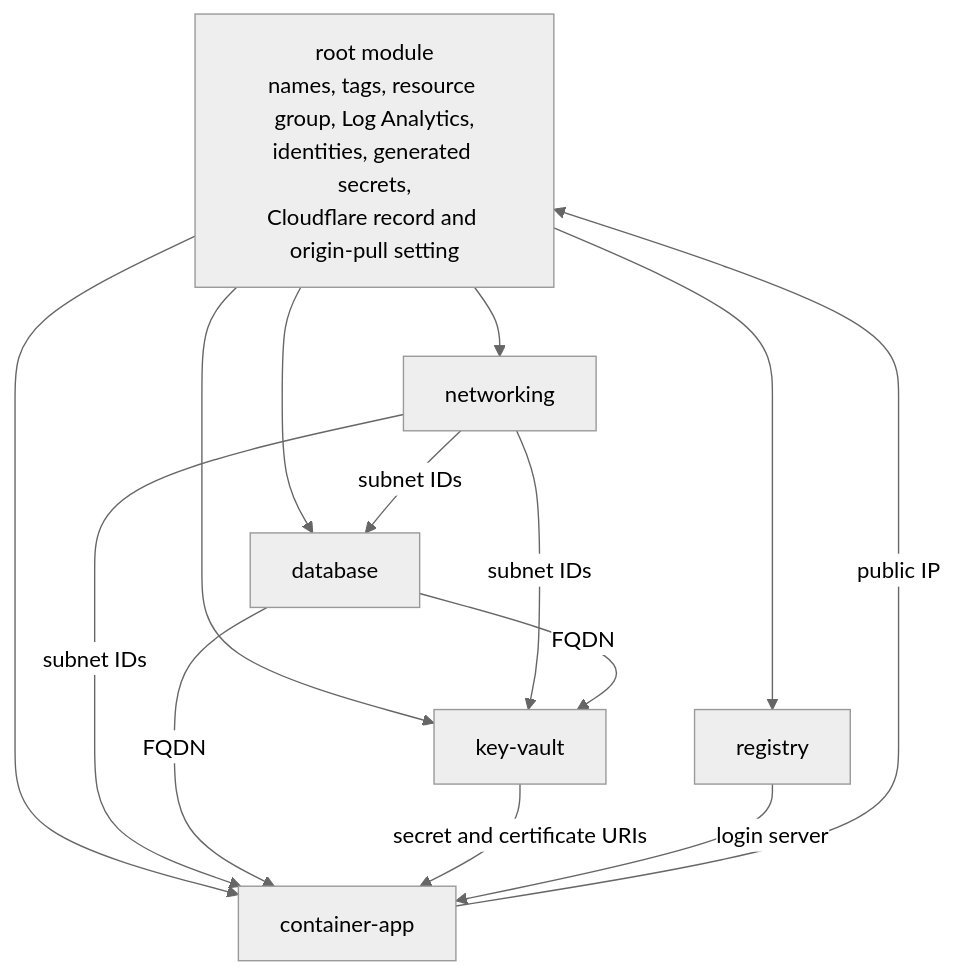
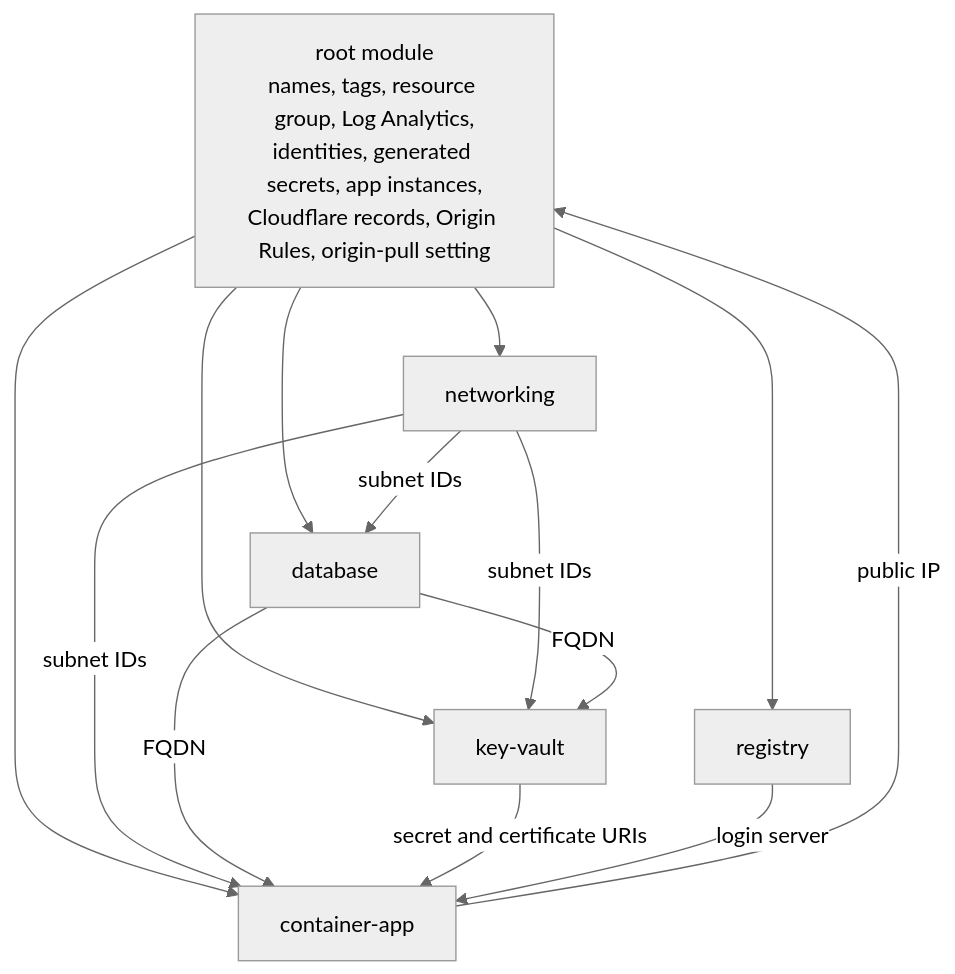
One commit to biffkittz/login-app changed the second of 2 diagrams in infra/docs/ARCHITECTURE.md. Above: the diagram before and after it, drawn with Mermaid (neutral theme). The commit also changed other lines of this file and 101 other files, not shown here.

````diff
--- a/infra/docs/ARCHITECTURE.md
+++ b/infra/docs/ARCHITECTURE.md
@@ -187,16 +197,16 @@
 ```mermaid
 flowchart TD
-  root["root module<br/>names, tags, resource group, Log Analytics,<br/>identities, generated secrets,<br/>Cloudflare record and origin-pull setting"]
+  root["root module<br/>names, tags, resource group, Log Analytics,<br/>identities, generated secrets, app instances,<br/>Cloudflare records, Origin Rules, origin-pull setting"]
   net[networking]
   reg[registry]
   db[database]
   kvm[key-vault]
   aca[container-app]
   root --> net & reg & db & kvm & aca
   net -->|subnet IDs| db & aca & kvm
   db -->|FQDN| kvm
   db -->|FQDN| aca
   kvm -->|secret and certificate URIs| aca
   reg -->|login server| aca
   aca -->|public IP| root
 ```
````
